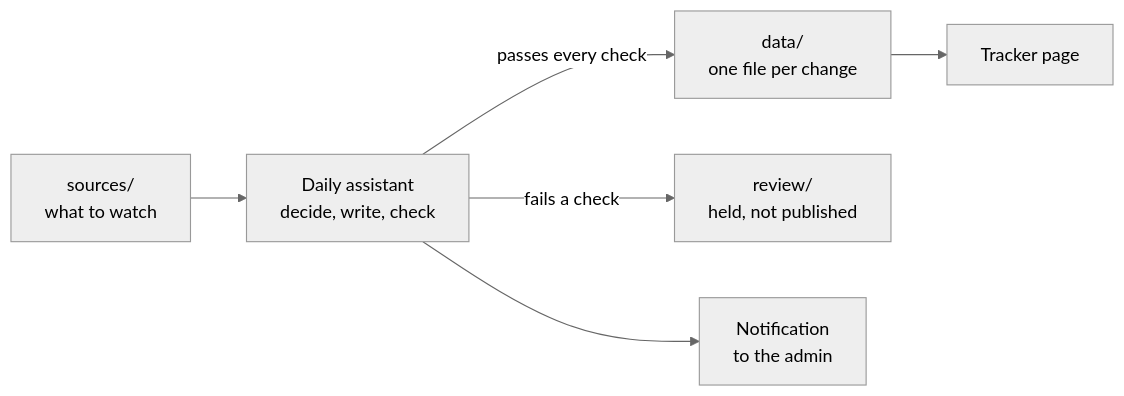
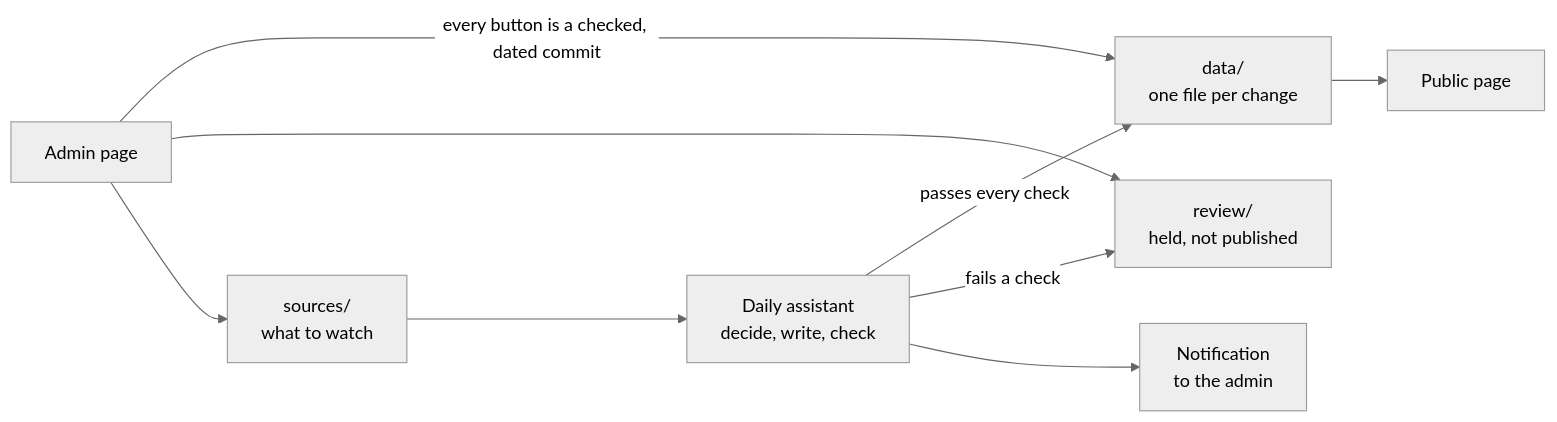
One commit to CrowdJustice/regulations-repository changed the diagram in README.md. Above: the diagram before and after it, drawn with Mermaid (neutral theme). The commit also changed other lines of this file and 34 other files, not shown here.

````diff
--- a/README.md
+++ b/README.md
@@ -7,8 +7,11 @@
 ```mermaid
 flowchart LR
   sources["sources/<br/>what to watch"] --> assistant["Daily assistant<br/>decide, write, check"]
   assistant -->|passes every check| data["data/<br/>one file per change"]
   assistant -->|fails a check| review["review/<br/>held, not published"]
   assistant --> notify["Notification<br/>to the admin"]
-  data --> page["Tracker page"]
+  data --> page["Public page"]
+  admin["Admin page"] -->|every button is a checked, dated commit| data
+  admin --> review
+  admin --> sources
 ```
````
